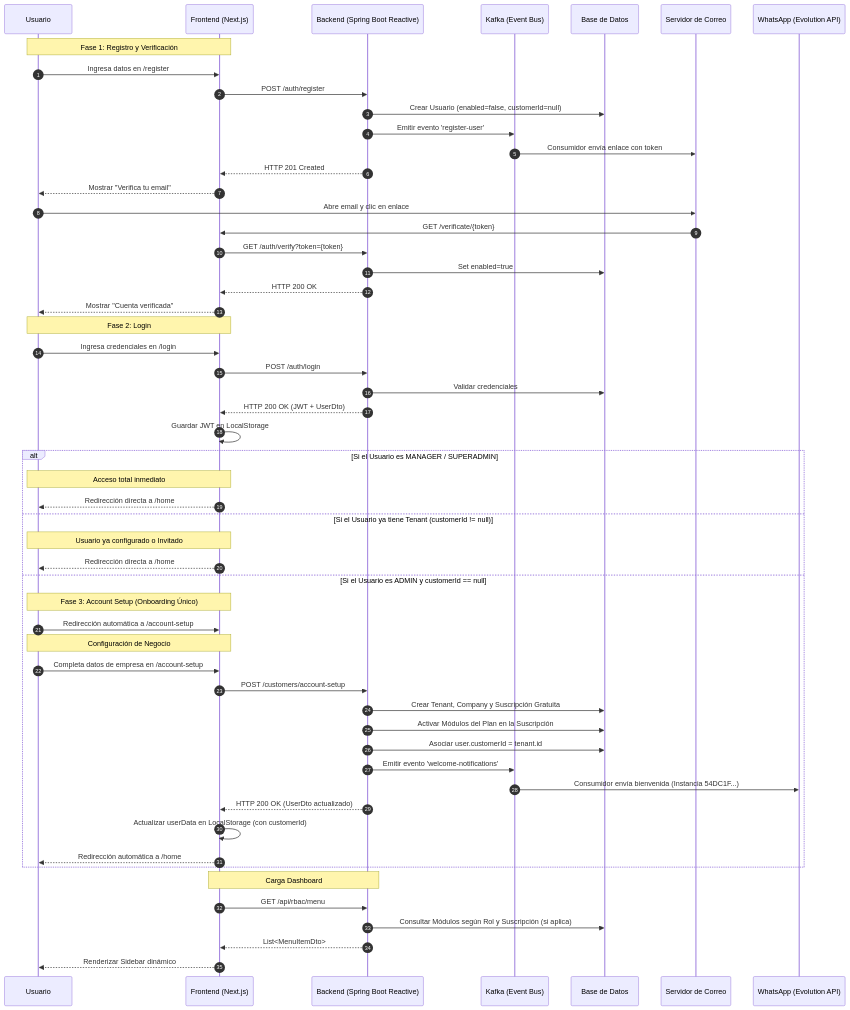
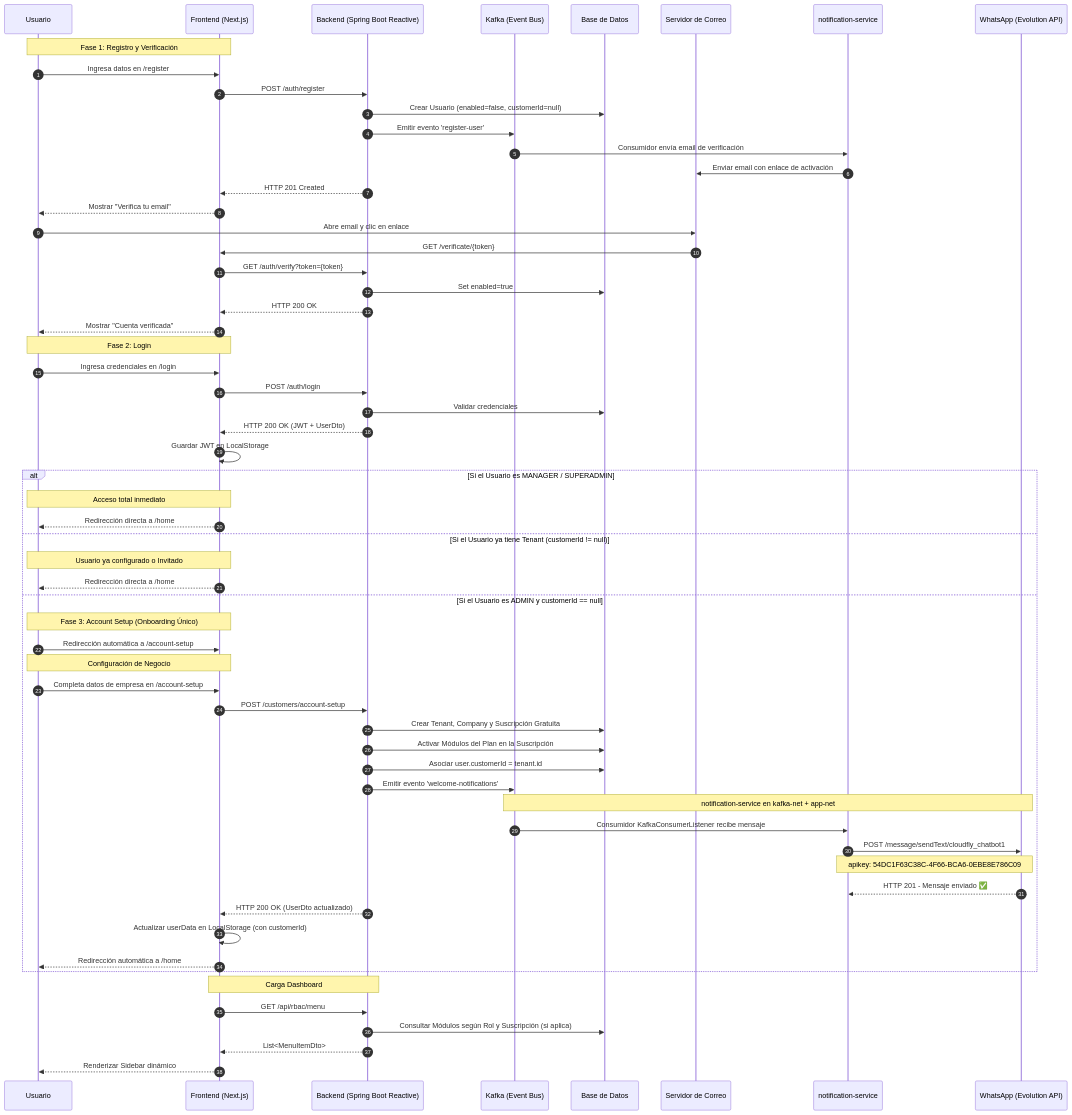
The diagram in docs/onboarding_sequence_diagram.md (Pixelweb-co/cloudfly), drawn with Mermaid before and after one commit. The commit also changed other lines of this file and 1 other file, not shown here.

Commit message:
docs: update onboarding sequence diagram with WhatsApp NS flow and add admin E2E selenium test

````diff
--- a/docs/onboarding_sequence_diagram.md
+++ b/docs/onboarding_sequence_diagram.md
@@ -7,64 +9,70 @@
 ```mermaid
 sequenceDiagram
     autonumber
     participant User as Usuario
     participant FE as Frontend (Next.js)
     participant BE as Backend (Spring Boot Reactive)
     participant Kafka as Kafka (Event Bus)
     participant DB as Base de Datos
     participant Mail as Servidor de Correo
+    participant NS as notification-service
     participant WA as WhatsApp (Evolution API)
 
     Note over User, FE: Fase 1: Registro y Verificación
     User->>FE: Ingresa datos en /register
     FE->>BE: POST /auth/register
     BE->>DB: Crear Usuario (enabled=false, customerId=null)
     BE->>Kafka: Emitir evento 'register-user'
-    Kafka->>Mail: Consumidor envía enlace con token
+    Kafka->>NS: Consumidor envía email de verificación
+    NS->>Mail: Enviar email con enlace de activación
     BE-->>FE: HTTP 201 Created
     FE-->>User: Mostrar "Verifica tu email"
 
     User->>Mail: Abre email y clic en enlace
     Mail->>FE: GET /verificate/{token}
     FE->>BE: GET /auth/verify?token={token}
     BE->>DB: Set enabled=true
     BE-->>FE: HTTP 200 OK
     FE-->>User: Mostrar "Cuenta verificada"
 
     Note over User, FE: Fase 2: Login
     User->>FE: Ingresa credenciales en /login
     FE->>BE: POST /auth/login
     BE->>DB: Validar credenciales
     BE-->>FE: HTTP 200 OK (JWT + UserDto)
     FE->>FE: Guardar JWT en LocalStorage
 
     alt Si el Usuario es MANAGER / SUPERADMIN
         Note over User, FE: Acceso total inmediato
         FE-->>User: Redirección directa a /home
     else Si el Usuario ya tiene Tenant (customerId != null)
         Note over User, FE: Usuario ya configurado o Invitado
         FE-->>User: Redirección directa a /home
     else Si el Usuario es ADMIN y customerId == null
         Note over User, FE: Fase 3: Account Setup (Onboarding Único)
         User->>FE: Redirección automática a /account-setup
         
         Note over User, FE: Configuración de Negocio
         User->>FE: Completa datos de empresa en /account-setup
         FE->>BE: POST /customers/account-setup
         BE->>DB: Crear Tenant, Company y Suscripción Gratuita
         BE->>DB: Activar Módulos del Plan en la Suscripción
         BE->>DB: Asociar user.customerId = tenant.id
         BE->>Kafka: Emitir evento 'welcome-notifications'
-        Kafka->>WA: Consumidor envía bienvenida (Instancia 54DC1F...)
+        Note over Kafka,WA: notification-service en kafka-net + app-net
+        Kafka->>NS: Consumidor KafkaConsumerListener recibe mensaje
+        NS->>WA: POST /message/sendText/cloudfly_chatbot1
+        Note over NS,WA: apikey: 54DC1F63C38C-4F66-BCA6-0EBE8E786C09
+        WA-->>NS: HTTP 201 - Mensaje enviado ✅
         BE-->>FE: HTTP 200 OK (UserDto actualizado)
         
         FE->>FE: Actualizar userData en LocalStorage (con customerId)
         FE-->>User: Redirección automática a /home
     end
 
     Note over FE, BE: Carga Dashboard
     FE->>BE: GET /api/rbac/menu
     BE->>DB: Consultar Módulos según Rol y Suscripción (si aplica)
     BE-->>FE: List<MenuItemDto>
     FE-->>User: Renderizar Sidebar dinámico
 ```
````
